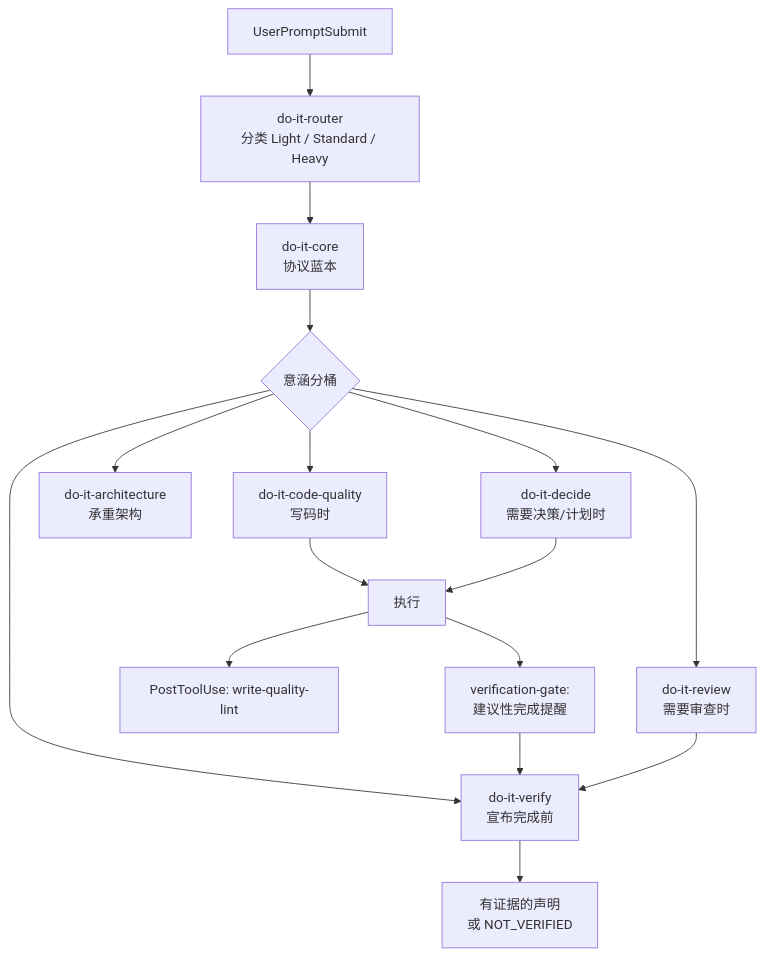
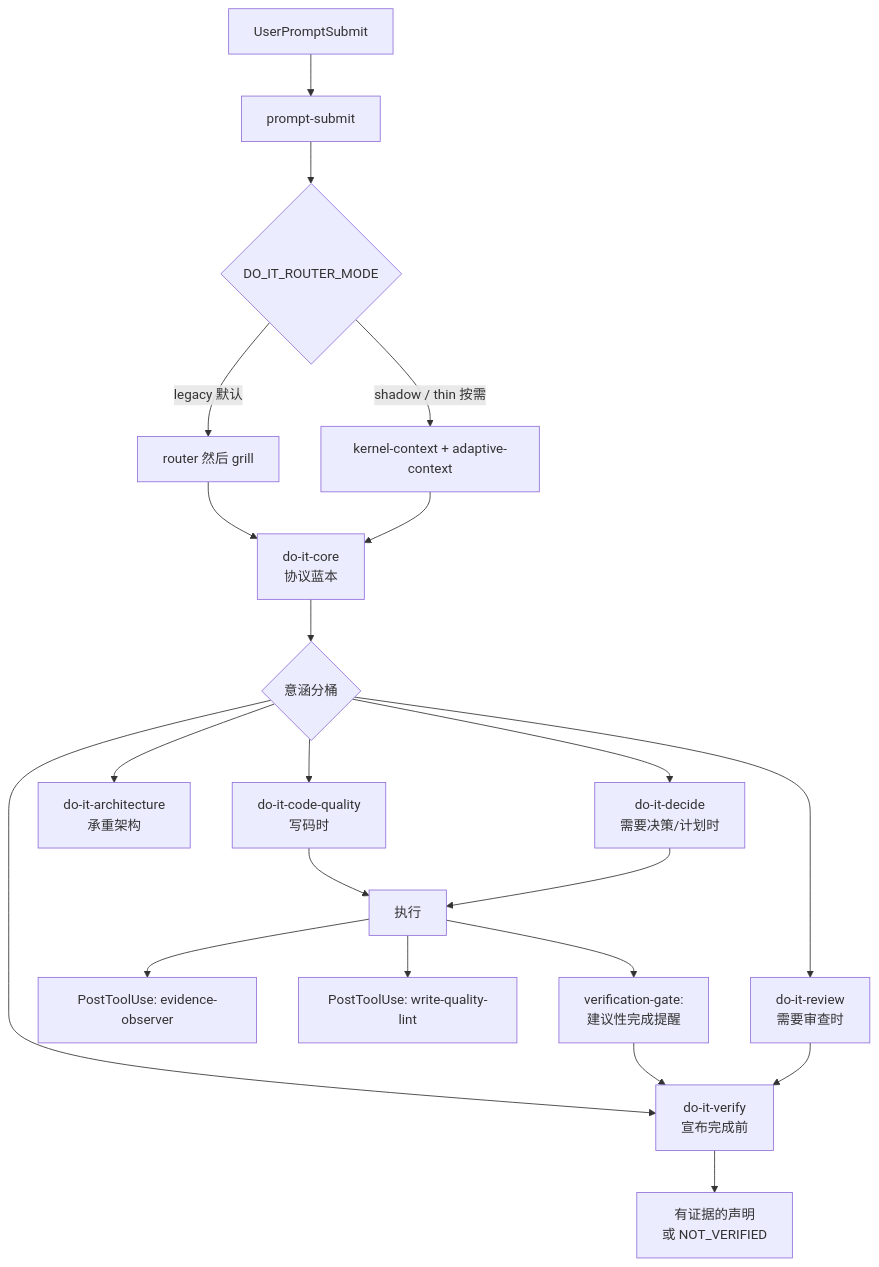
The diagram in README.zh-CN.md (tdwhere123/do-it), drawn with Mermaid before and after one commit. The commit also changed other lines of this file and 16 other files, not shown here.

````diff
--- a/README.zh-CN.md
+++ b/README.zh-CN.md
@@ -140,18 +148,23 @@
 ```mermaid
 flowchart TD
-    P[UserPromptSubmit] --> R[do-it-router<br/>分类 Light / Standard / Heavy]
+    P[UserPromptSubmit] --> PS[prompt-submit]
+    PS --> M{DO_IT_ROUTER_MODE}
+    M -->|legacy 默认| R[router 然后 grill]
+    M -->|shadow / thin 按需| K[kernel-context + adaptive-context]
     R --> C[do-it-core<br/>协议蓝本]
+    K --> C
     C --> B{意涵分桶}
     B --> CQ[do-it-code-quality<br/>写码时]
     B --> A[do-it-architecture<br/>承重架构]
     B --> D[do-it-decide<br/>需要决策/计划时]
     B --> RV[do-it-review<br/>需要审查时]
     B --> VY[do-it-verify<br/>宣布完成前]
     CQ --> E[执行]
     D --> E
+    E --> EO[PostToolUse: evidence-observer]
     E --> WQ[PostToolUse: write-quality-lint]
     E --> VG[verification-gate:<br/>建议性完成提醒]
     VG --> VY
     RV --> VY
     VY --> Done[有证据的声明<br/>或 NOT_VERIFIED]
 ```
````
